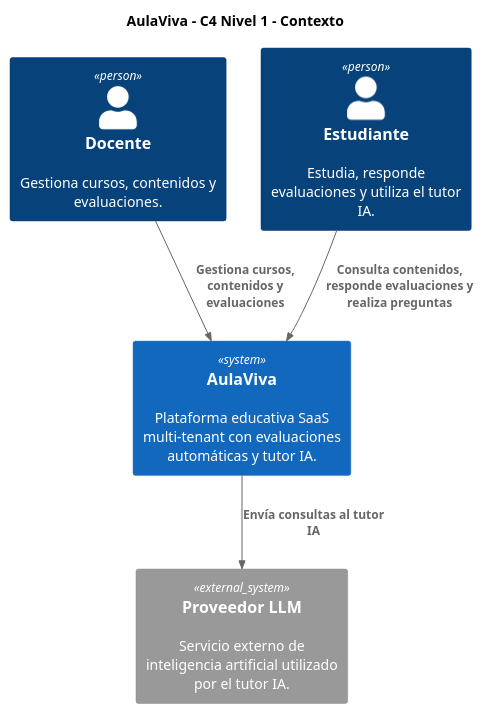
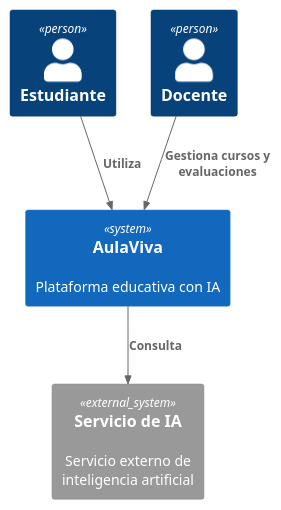
The diagram in docs/C4/l1-context.puml (gerardogonzalez0264gg/Aula_Viva), drawn with PlantUML before and after one commit.

```diff
--- a/docs/C4/l1-context.puml
+++ b/docs/C4/l1-context.puml
@@ -1,18 +1,14 @@
-@startuml AulaViva-C4-L1
-
+@startuml
 !include https://raw.githubusercontent.com/plantuml-stdlib/C4-PlantUML/master/C4_Context.puml
 
-title AulaViva - C4 Nivel 1 - Contexto
+Person(estudiante, "Estudiante")
+Person(docente, "Docente")
 
-Person(docente, "Docente", "Gestiona cursos, contenidos y evaluaciones.")
-Person(estudiante, "Estudiante", "Estudia, responde evaluaciones y utiliza el tutor IA.")
+System(aulaviva, "AulaViva", "Plataforma educativa con IA")
 
-System(aulaviva, "AulaViva", "Plataforma educativa SaaS multi-tenant con evaluaciones automáticas y tutor IA.")
+System_Ext(llm, "Servicio de IA", "Servicio externo de inteligencia artificial")
 
-System_Ext(llm, "Proveedor LLM", "Servicio externo de inteligencia artificial utilizado por el tutor IA.")
-
-Rel(docente, aulaviva, "Gestiona cursos, contenidos y evaluaciones")
-Rel(estudiante, aulaviva, "Consulta contenidos, responde evaluaciones y realiza preguntas")
-Rel(aulaviva, llm, "Envía consultas al tutor IA")
-
+Rel(estudiante, aulaviva, "Utiliza")
+Rel(docente, aulaviva, "Gestiona cursos y evaluaciones")
+Rel(aulaviva, llm, "Consulta")
 @enduml
```
